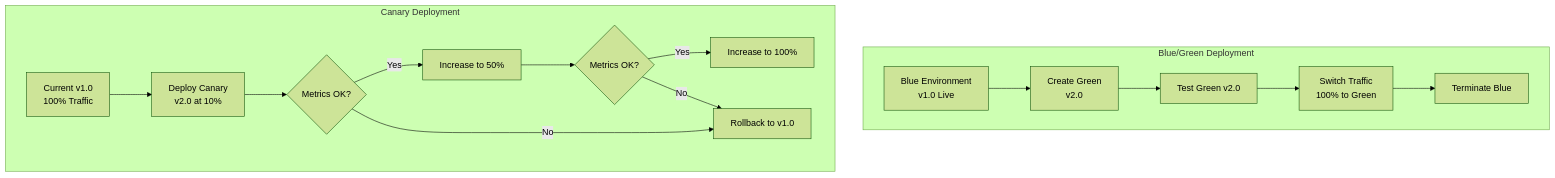
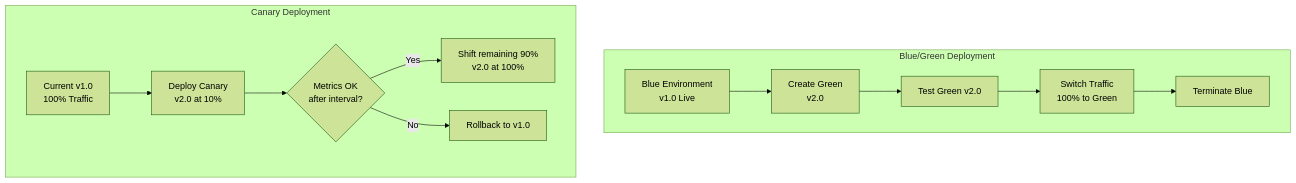
The second of 2 diagrams in DevOps/CI-CD-Best-Practices.md (AlexanderBesss/AWS_best_praactices), drawn with Mermaid (forest theme) before and after one commit. The commit also changed other lines of this file and 31 other files, not shown here.

````diff
--- a/DevOps/CI-CD-Best-Practices.md
+++ b/DevOps/CI-CD-Best-Practices.md
@@ -102,21 +100,18 @@
 ```mermaid
 graph TB
     subgraph BlueGreen["Blue/Green Deployment"]
         direction LR
         BG1[Blue Environment<br/>v1.0 Live] --> BG2[Create Green<br/>v2.0]
         BG2 --> BG3[Test Green v2.0]
         BG3 --> BG4[Switch Traffic<br/>100% to Green]
         BG4 --> BG5[Terminate Blue]
     end
 
     subgraph Canary["Canary Deployment"]
         direction LR
         C1[Current v1.0<br/>100% Traffic] --> C2[Deploy Canary<br/>v2.0 at 10%]
-        C2 --> C3{Metrics OK?}
-        C3 -->|Yes| C4[Increase to 50%]
-        C4 --> C5{Metrics OK?}
-        C5 -->|Yes| C6[Increase to 100%]
-        C5 -->|No| C7[Rollback to v1.0]
-        C3 -->|No| C7
+        C2 --> C3{Metrics OK<br/>after interval?}
+        C3 -->|Yes| C6[Shift remaining 90%<br/>v2.0 at 100%]
+        C3 -->|No| C7[Rollback to v1.0]
     end
 ```
````
